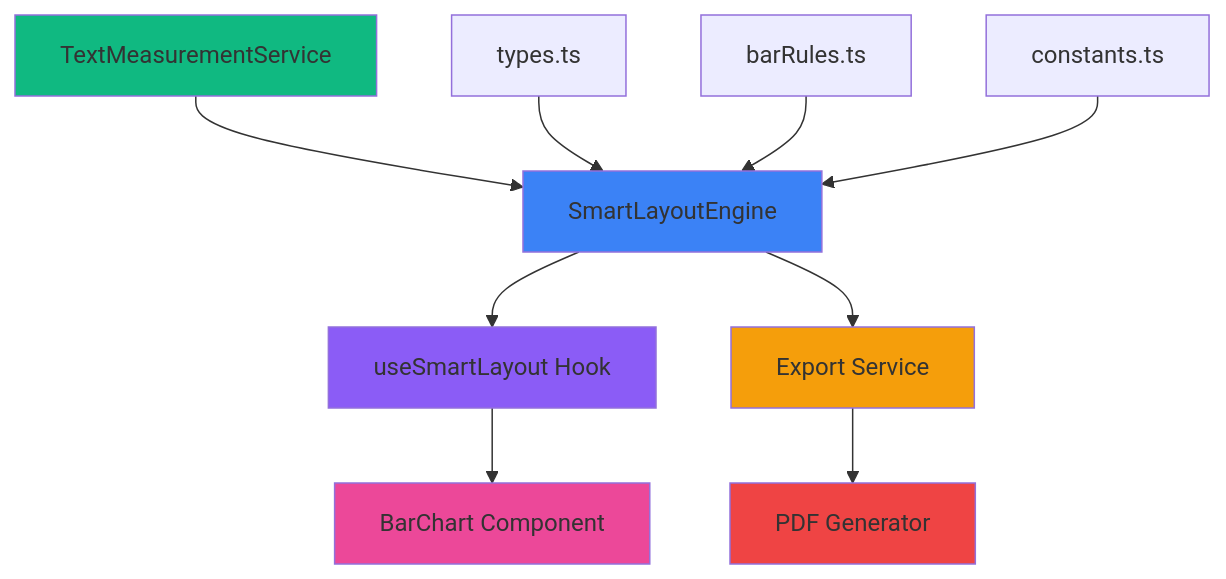
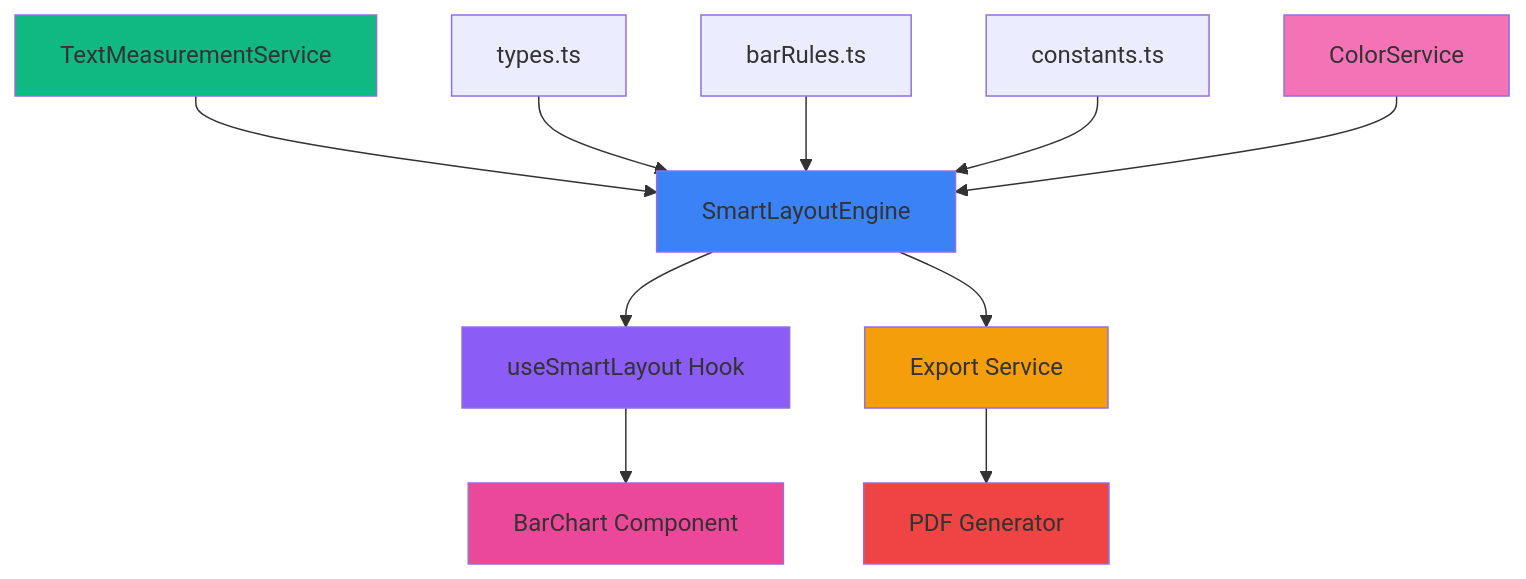
Before and after one commit to leorruas/modula: the first of 2 diagrams in docs/smart-layout-roadmap.md, drawn with Mermaid. The commit also changed other lines of this file and 10 other files, not shown here.

````diff
--- a/docs/smart-layout-roadmap.md
+++ b/docs/smart-layout-roadmap.md
@@ -30,19 +30,21 @@
 ```mermaid
 graph TD
     A[TextMeasurementService] --> B[SmartLayoutEngine]
     B --> C[useSmartLayout Hook]
     C --> D[BarChart Component]
     B --> E[Export Service]
     E --> F[PDF Generator]
     
     G[types.ts] --> B
     H[barRules.ts] --> B
     I[constants.ts] --> B
+    J[ColorService] --> B
     
     style A fill:#10b981
     style B fill:#3b82f6
     style C fill:#8b5cf6
     style D fill:#ec4899
     style E fill:#f59e0b
     style F fill:#ef4444
+    style J fill:#f472b6
 ```
````
